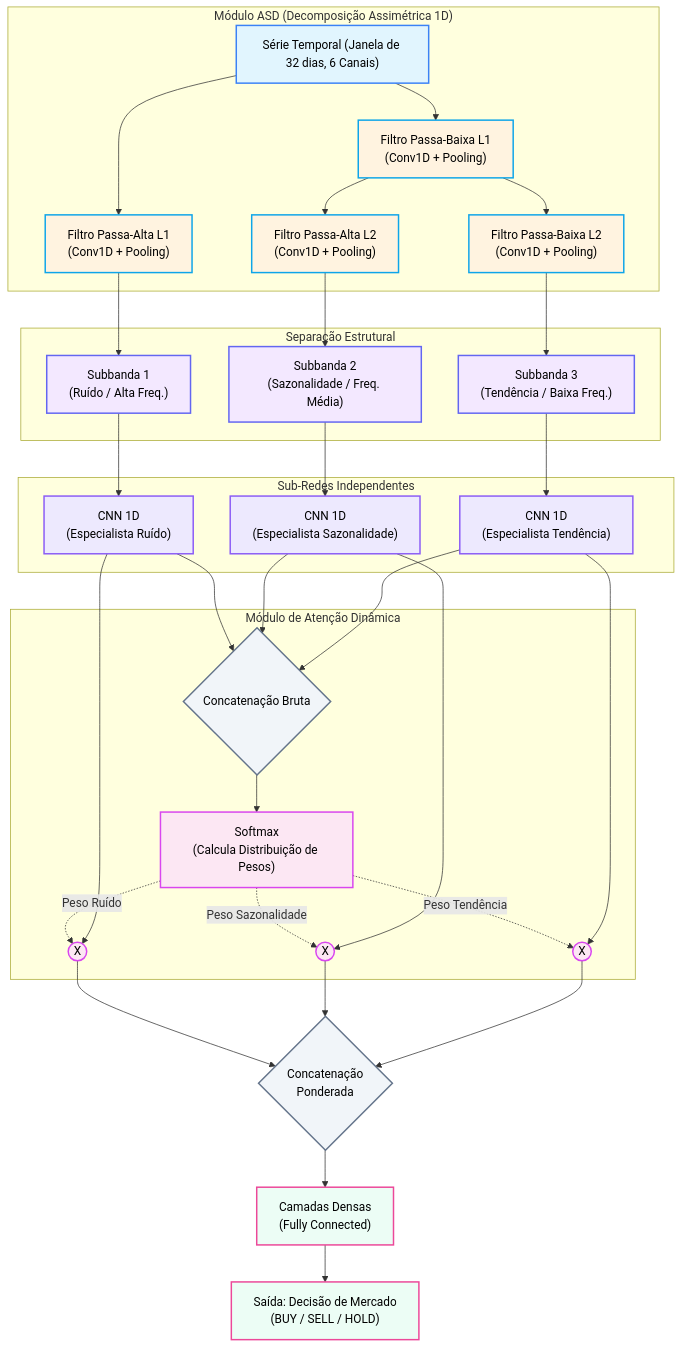
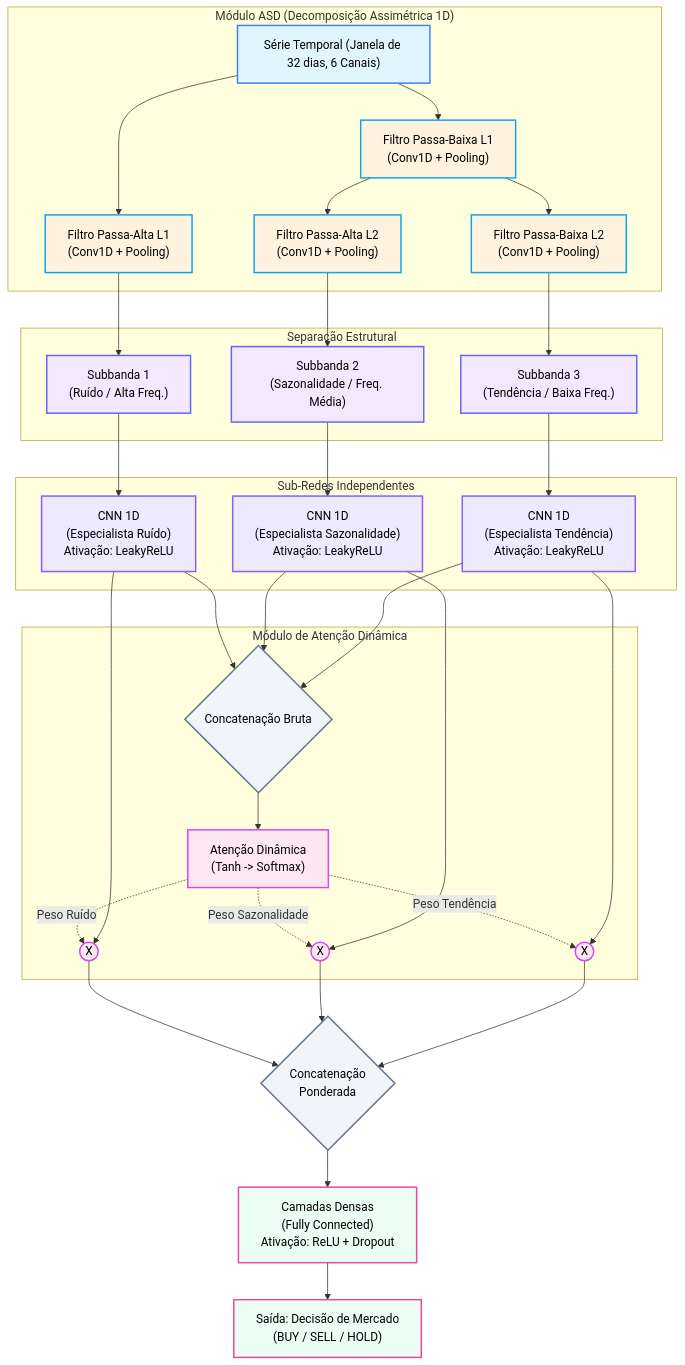
Before and after one commit to jpmsilva1/Projeto_Redes_Neurais_MSR_CNN: the second of 2 diagrams in README.md, drawn with Mermaid. The commit also changed other lines of this file, not shown here.

Commit message:
Adiciona descrições das funções de ativação nos diagramas e fluxo

````diff
--- a/README.md
+++ b/README.md
@@ -104,80 +104,80 @@
 ```mermaid
 flowchart TD
     classDef input fill:#e1f5fe,stroke:#3b82f6,stroke-width:2px,color:#000
     classDef asd fill:#fff3e0,stroke:#0ea5e9,stroke-width:2px,color:#000
     classDef subband fill:#f3e8ff,stroke:#6366f1,stroke-width:2px,color:#000
     classDef cnn fill:#ede9fe,stroke:#8b5cf6,stroke-width:2px,color:#000
     classDef concat fill:#f1f5f9,stroke:#64748b,stroke-width:2px,color:#000
     classDef attn fill:#fce7f3,stroke:#d946ef,stroke-width:2px,color:#000
     classDef output fill:#ecfdf5,stroke:#ec4899,stroke-width:2px,color:#000
 
     Input["Série Temporal (Janela de 32 dias, 6 Canais)"]:::input
     
     subgraph ASD["Módulo ASD (Decomposição Assimétrica 1D)"]
         L1_H["Filtro Passa-Alta L1\n(Conv1D + Pooling)"]:::asd
         L1_L["Filtro Passa-Baixa L1\n(Conv1D + Pooling)"]:::asd
         
         L2_H["Filtro Passa-Alta L2\n(Conv1D + Pooling)"]:::asd
         L2_L["Filtro Passa-Baixa L2\n(Conv1D + Pooling)"]:::asd
         
         Input --> L1_H
         Input --> L1_L
         
         L1_L --> L2_H
         L1_L --> L2_L
     end
     
     subgraph Subbands["Separação Estrutural"]
         SB1["Subbanda 1\n(Ruído / Alta Freq.)"]:::subband
         SB2["Subbanda 2\n(Sazonalidade / Freq. Média)"]:::subband
         SB3["Subbanda 3\n(Tendência / Baixa Freq.)"]:::subband
         
         L1_H --> SB1
         L2_H --> SB2
         L2_L --> SB3
     end
     
     subgraph CNN["Sub-Redes Independentes"]
-        CNN1["CNN 1D\n(Especialista Ruído)"]:::cnn
-        CNN2["CNN 1D\n(Especialista Sazonalidade)"]:::cnn
-        CNN3["CNN 1D\n(Especialista Tendência)"]:::cnn
+        CNN1["CNN 1D\n(Especialista Ruído)\nAtivação: LeakyReLU"]:::cnn
+        CNN2["CNN 1D\n(Especialista Sazonalidade)\nAtivação: LeakyReLU"]:::cnn
+        CNN3["CNN 1D\n(Especialista Tendência)\nAtivação: LeakyReLU"]:::cnn
         
         SB1 --> CNN1
         SB2 --> CNN2
         SB3 --> CNN3
     end
     
     Concat{"Concatenação Bruta"}:::concat
     
     CNN1 --> Concat
     CNN2 --> Concat
     CNN3 --> Concat
     
     subgraph Attention["Módulo de Atenção Dinâmica"]
-        AttnCalc["Softmax\n(Calcula Distribuição de Pesos)"]:::attn
+        AttnCalc["Atenção Dinâmica\n(Tanh -> Softmax)"]:::attn
         Concat --> AttnCalc
         
         Mult1(("X")):::attn
         Mult2(("X")):::attn
         Mult3(("X")):::attn
         
         AttnCalc -.->|Peso Ruído| Mult1
         AttnCalc -.->|Peso Sazonalidade| Mult2
         AttnCalc -.->|Peso Tendência| Mult3
         
         CNN1 --> Mult1
         CNN2 --> Mult2
         CNN3 --> Mult3
     end
     
     Concat_Final{"Concatenação\nPonderada"}:::concat
     Mult1 --> Concat_Final
     Mult2 --> Concat_Final
     Mult3 --> Concat_Final
     
-    FC["Camadas Densas\n(Fully Connected)"]:::output
+    FC["Camadas Densas\n(Fully Connected)\nAtivação: ReLU + Dropout"]:::output
     Concat_Final --> FC
     
     Output["Saída: Decisão de Mercado\n(BUY / SELL / HOLD)"]:::output
     FC --> Output
 ```
````
